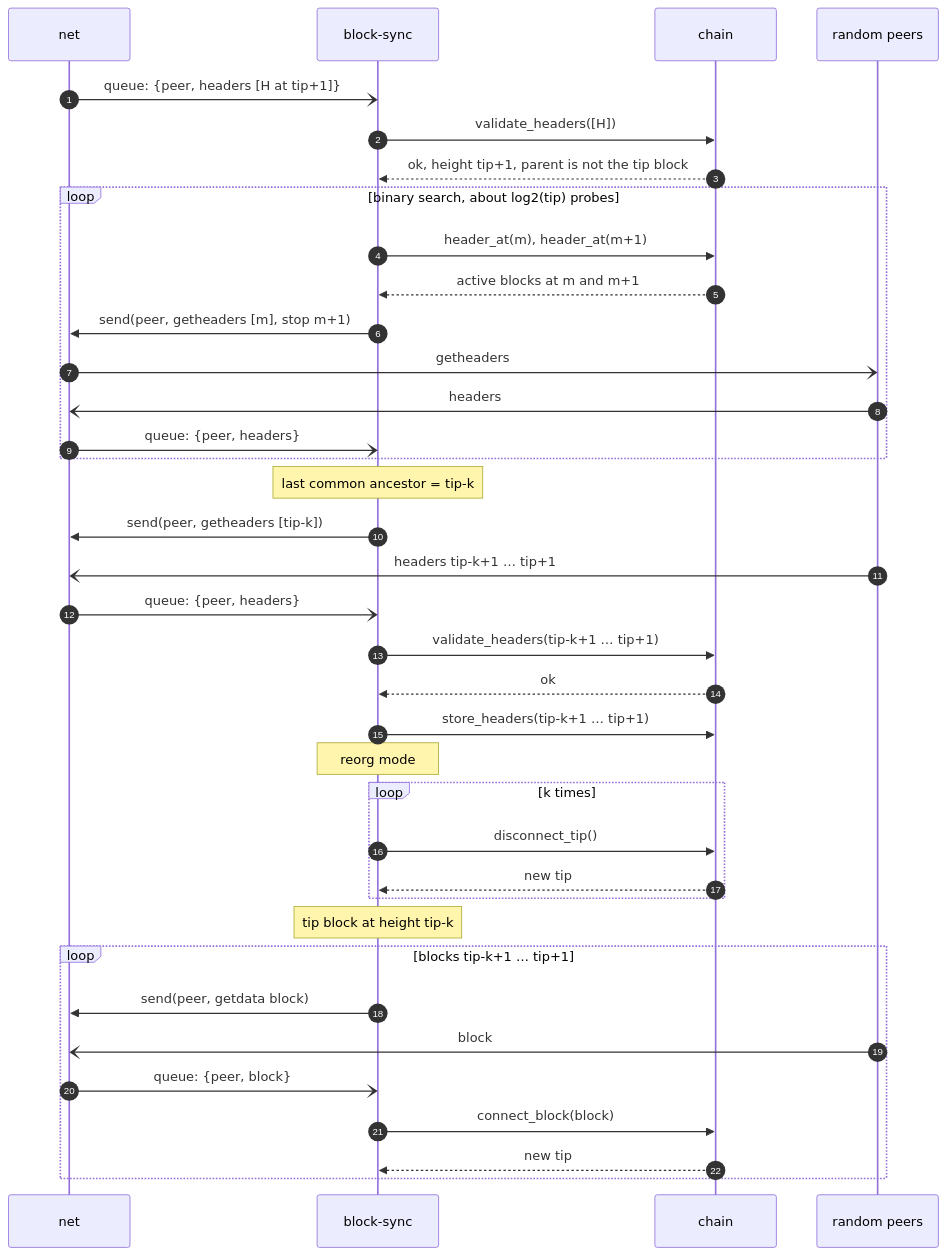
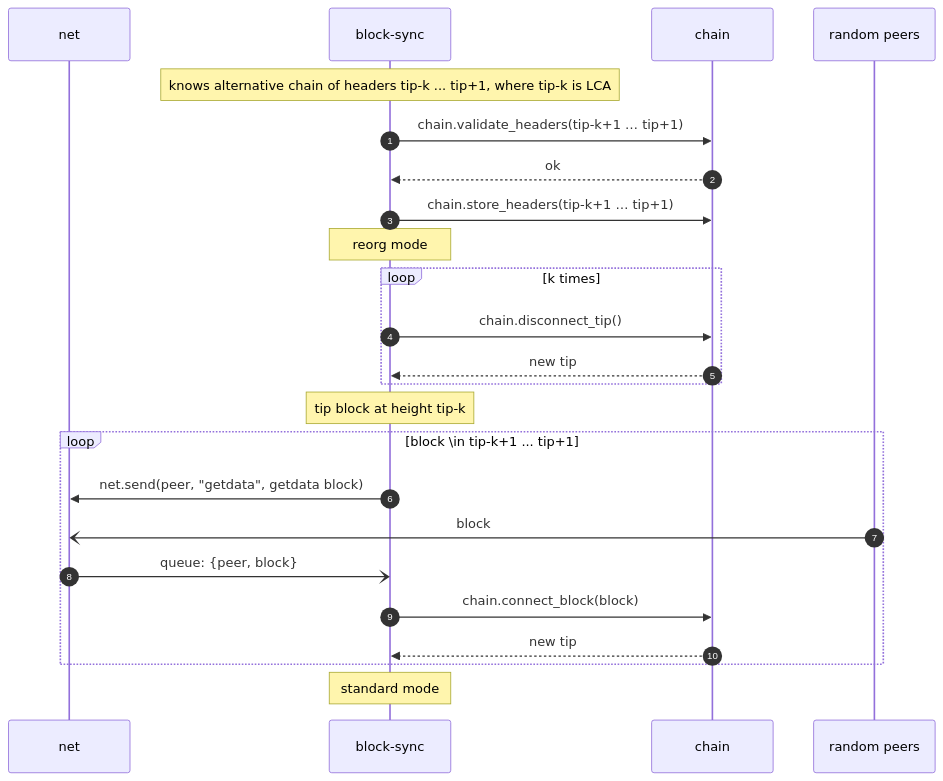
One commit to RustBTCD/btcd changed the diagram in docs/flows/mode-reorg.md. Above: the diagram before and after it, drawn with Mermaid. The commit also changed other lines of this file and 1 other file, not shown here.

````diff
--- a/docs/flows/mode-reorg.md
+++ b/docs/flows/mode-reorg.md
@@ -23,39 +13,26 @@
 ```mermaid
 sequenceDiagram
     autonumber
     participant N as net
     participant BS as block-sync
     participant C as chain
     participant P as random peers
-    N -) BS: queue: {peer, headers [H at tip+1]}
-    BS ->> C: validate_headers([H])
-    C -->> BS: ok, height tip+1, parent is not the tip block
-    loop binary search, about log2(tip) probes
-        BS ->> C: header_at(m), header_at(m+1)
-        C -->> BS: active blocks at m and m+1
-        BS ->> N: send(peer, getheaders [m], stop m+1)
-        N -) P: getheaders
-        P -) N: headers
-        N -) BS: queue: {peer, headers}
-    end
-    Note over BS: last common ancestor = tip-k
-    BS ->> N: send(peer, getheaders [tip-k])
-    P -) N: headers tip-k+1 … tip+1
-    N -) BS: queue: {peer, headers}
-    BS ->> C: validate_headers(tip-k+1 … tip+1)
+    Note over BS: knows alternative chain of headers tip-k ... tip+1, where tip-k is LCA
+    BS ->> C: chain.validate_headers(tip-k+1 … tip+1)
     C -->> BS: ok
-    BS ->> C: store_headers(tip-k+1 … tip+1)
+    BS ->> C: chain.store_headers(tip-k+1 … tip+1)
     Note over BS: reorg mode
     loop k times
-        BS ->> C: disconnect_tip()
+        BS ->> C: chain.disconnect_tip()
         C -->> BS: new tip
     end
     Note over BS: tip block at height tip-k
-    loop blocks tip-k+1 … tip+1
-        BS ->> N: send(peer, getdata block)
+    loop block \in tip-k+1 ... tip+1
+        BS ->> N: net.send(peer, "getdata", getdata block)
         P -) N: block
         N -) BS: queue: {peer, block}
-        BS ->> C: connect_block(block)
+        BS ->> C: chain.connect_block(block)
         C -->> BS: new tip
     end
+    Note over BS: standard mode
 ```
````
